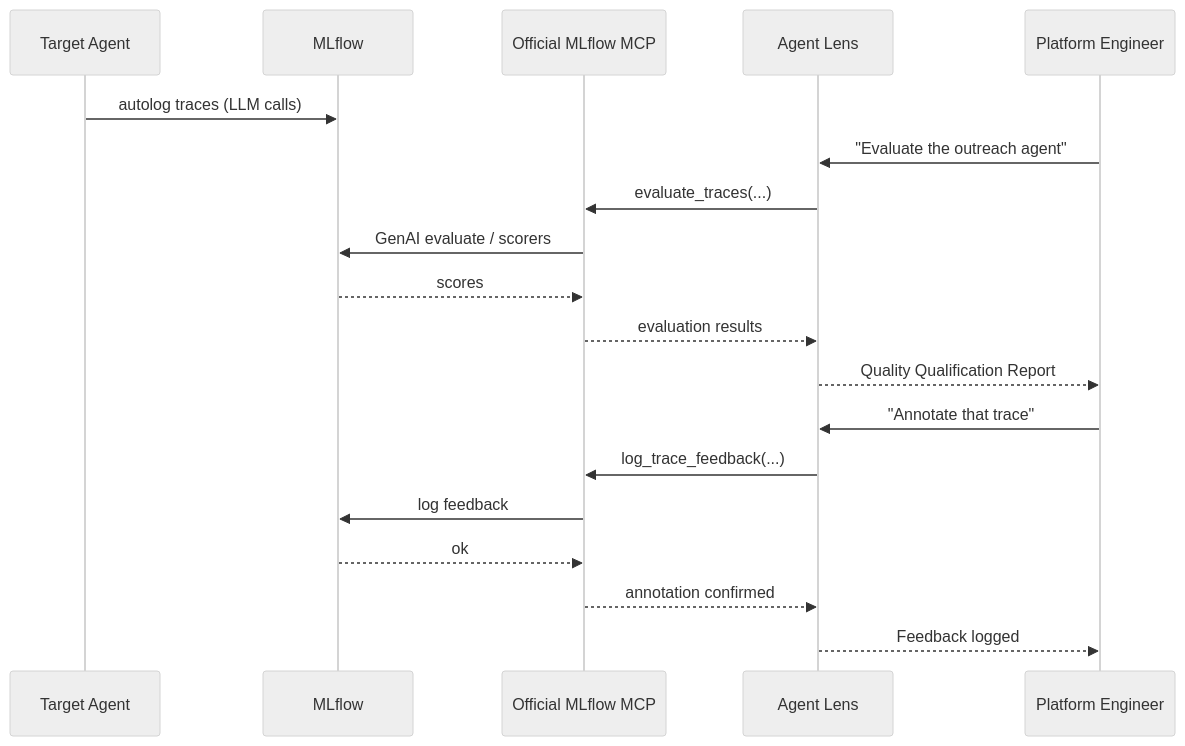
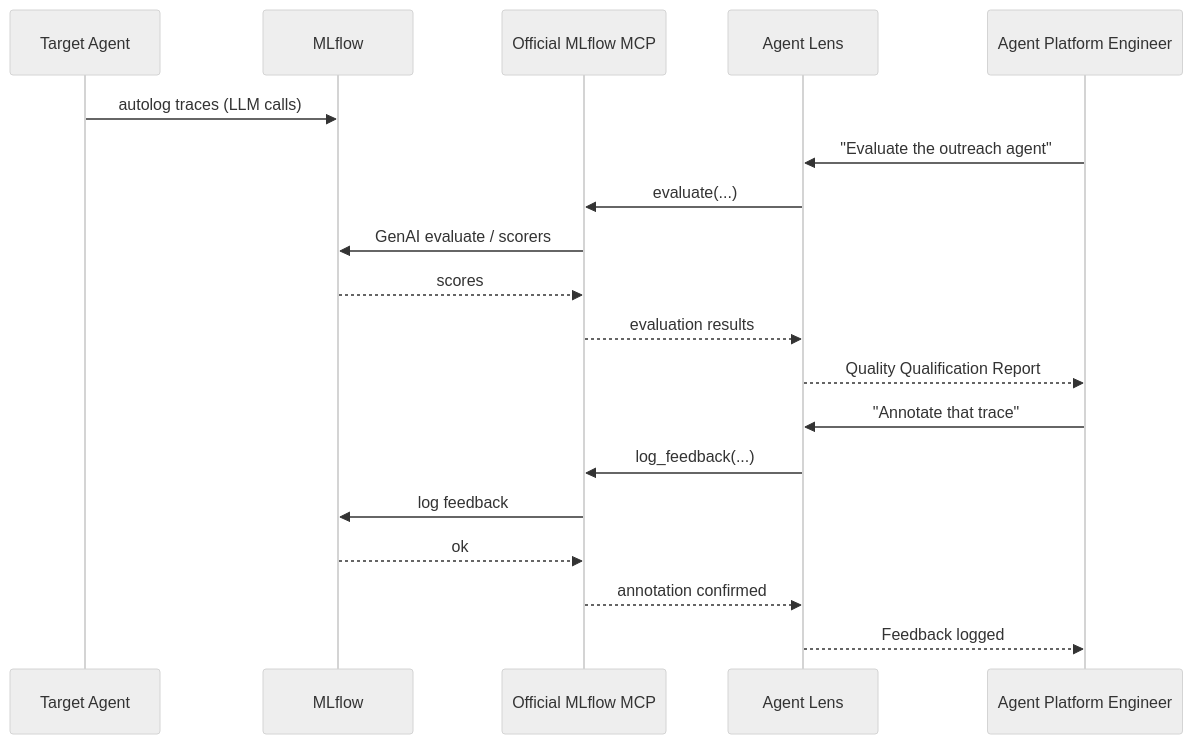
One commit to rrbanda/agent-lens changed the second of 4 diagrams in docs/product/architecture.md. Above: the diagram before and after it, drawn with Mermaid. The commit also changed other lines of this file and 36 other files, not shown here.

````diff
--- a/docs/product/architecture.md
+++ b/docs/product/architecture.md
@@ -129,23 +129,23 @@
 ```mermaid
 %%{init: {'theme': 'neutral'}}%%
 sequenceDiagram
     participant T as Target Agent
     participant ML as MLflow
     participant MCP as Official MLflow MCP
     participant AL as Agent Lens
-    participant U as Platform Engineer
+    participant U as Agent Platform Engineer
 
     T->>ML: autolog traces (LLM calls)
     U->>AL: "Evaluate the outreach agent"
-    AL->>MCP: evaluate_traces(...)
+    AL->>MCP: evaluate(...)
     MCP->>ML: GenAI evaluate / scorers
     ML-->>MCP: scores
     MCP-->>AL: evaluation results
     AL-->>U: Quality Qualification Report
     U->>AL: "Annotate that trace"
-    AL->>MCP: log_trace_feedback(...)
+    AL->>MCP: log_feedback(...)
     MCP->>ML: log feedback
     ML-->>MCP: ok
     MCP-->>AL: annotation confirmed
     AL-->>U: Feedback logged
 ```
````
